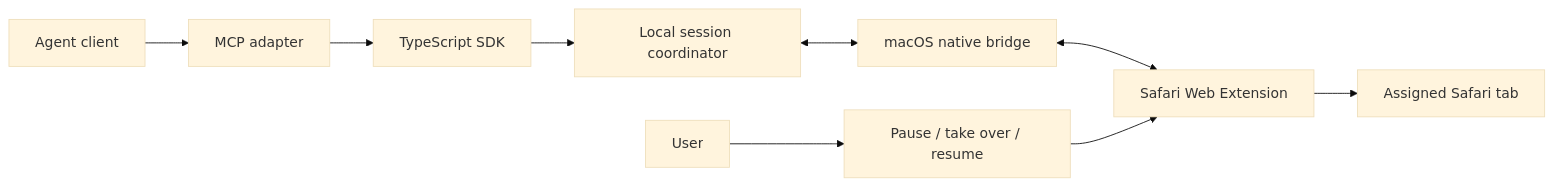
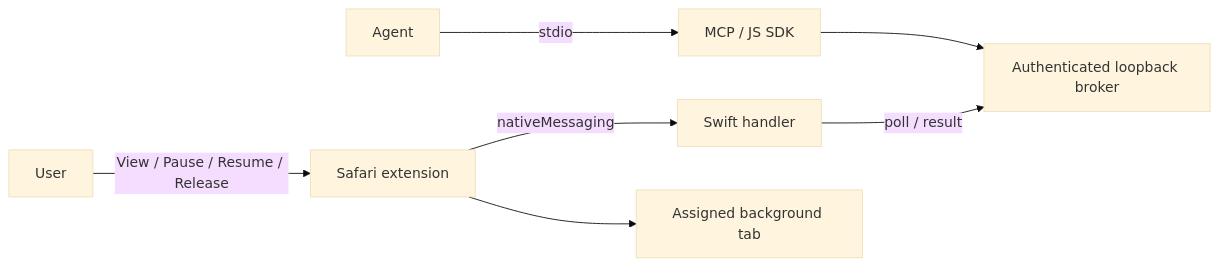
One commit to XsystemH/at-safari changed the diagram in README.md. Above: the diagram before and after it, drawn with Mermaid (base theme). The commit also changed other lines of this file and 38 other files, not shown here.

Commit message:
Implement local Safari extension bridge and callable MCP alpha

````diff
--- a/README.md
+++ b/README.md
@@ -17,11 +13,9 @@
 ```mermaid
 flowchart LR
-    Agent[Agent client] --> MCP[MCP adapter]
-    MCP --> SDK[TypeScript SDK]
-    SDK --> Core[Local session coordinator]
-    Core <--> Native[macOS native bridge]
-    Native <--> Ext[Safari Web Extension]
-    Ext --> Tab[Assigned Safari tab]
-    Human[User] --> Handoff[Pause / take over / resume]
-    Handoff --> Ext
+    Agent -->|stdio| MCP[MCP / JS SDK]
+    MCP --> Broker[Authenticated loopback broker]
+    Extension[Safari extension] -->|nativeMessaging| Swift[Swift handler]
+    Swift -->|poll / result| Broker
+    Extension --> Tab[Assigned background tab]
+    User -->|View / Pause / Resume / Release| Extension
 ```
````
